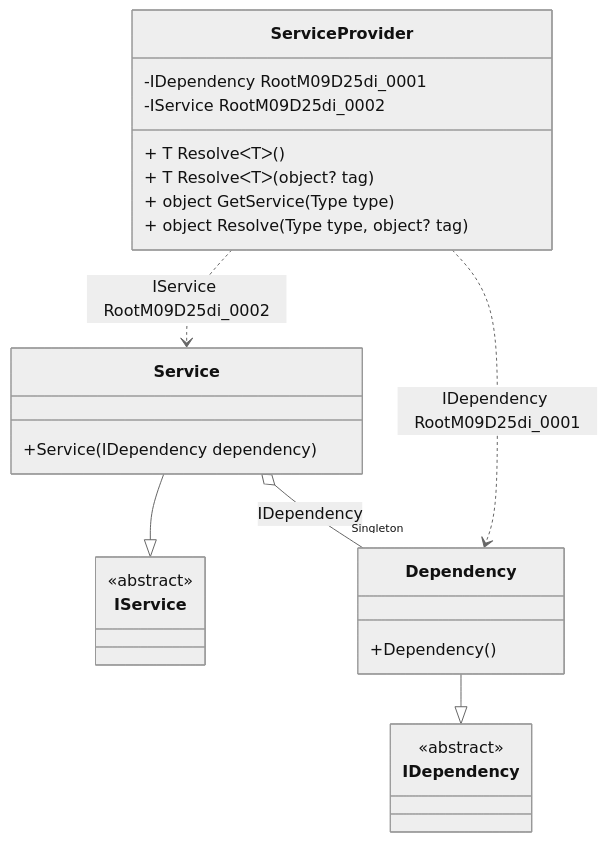
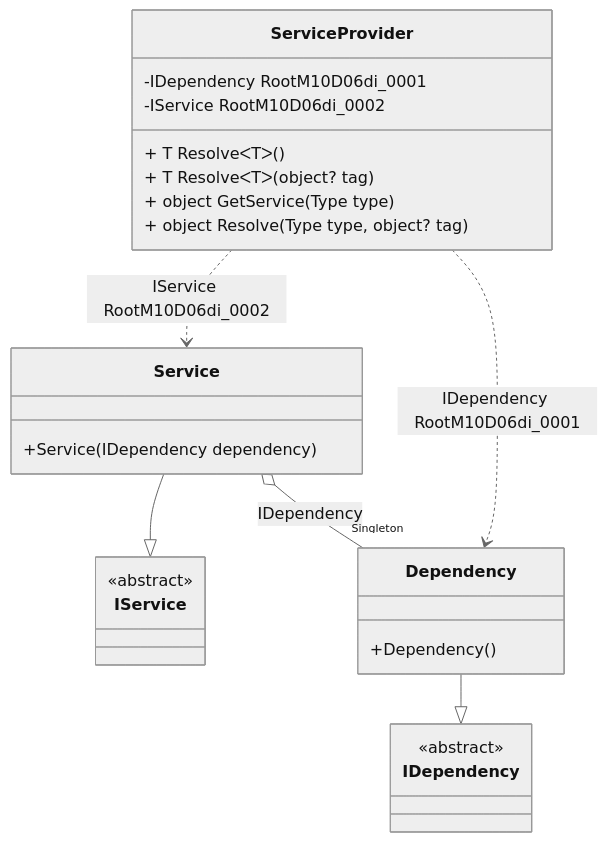
Before and after one commit to DevTeam/Pure.DI: the diagram in readme/service-provider.md, drawn with Mermaid (neutral theme). The commit also changed other lines of this file and 57 other files, not shown here.

````diff
--- a/readme/service-provider.md
+++ b/readme/service-provider.md
@@ -50,28 +50,28 @@
 ```mermaid
 classDiagram
   class ServiceProvider {
-    -IDependency RootM09D25di_0001
-    -IService RootM09D25di_0002
+    -IDependency RootM10D06di_0001
+    -IService RootM10D06di_0002
     + T ResolveᐸTᐳ()
     + T ResolveᐸTᐳ(object? tag)
     + object GetService(Type type)
     + object Resolve(Type type, object? tag)
   }
   Service --|> IService : 
   class Service {
     +Service(IDependency dependency)
   }
   Dependency --|> IDependency : 
   class Dependency {
     +Dependency()
   }
   class IService {
     <<abstract>>
   }
   class IDependency {
     <<abstract>>
   }
   Service o--  "Singleton" Dependency : IDependency
-  ServiceProvider ..> Dependency : IDependency RootM09D25di_0001
-  ServiceProvider ..> Service : IService RootM09D25di_0002
+  ServiceProvider ..> Dependency : IDependency RootM10D06di_0001
+  ServiceProvider ..> Service : IService RootM10D06di_0002
 ```
````
